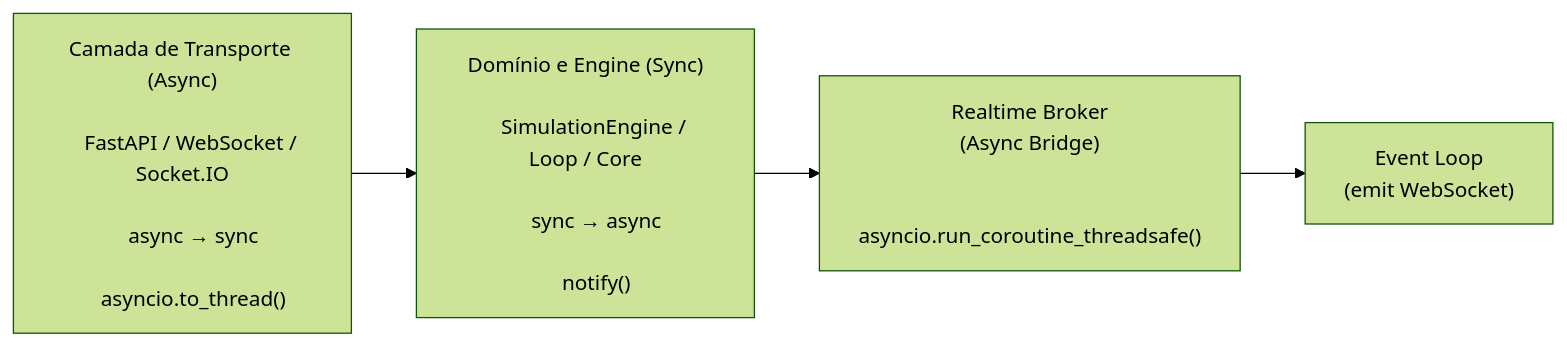
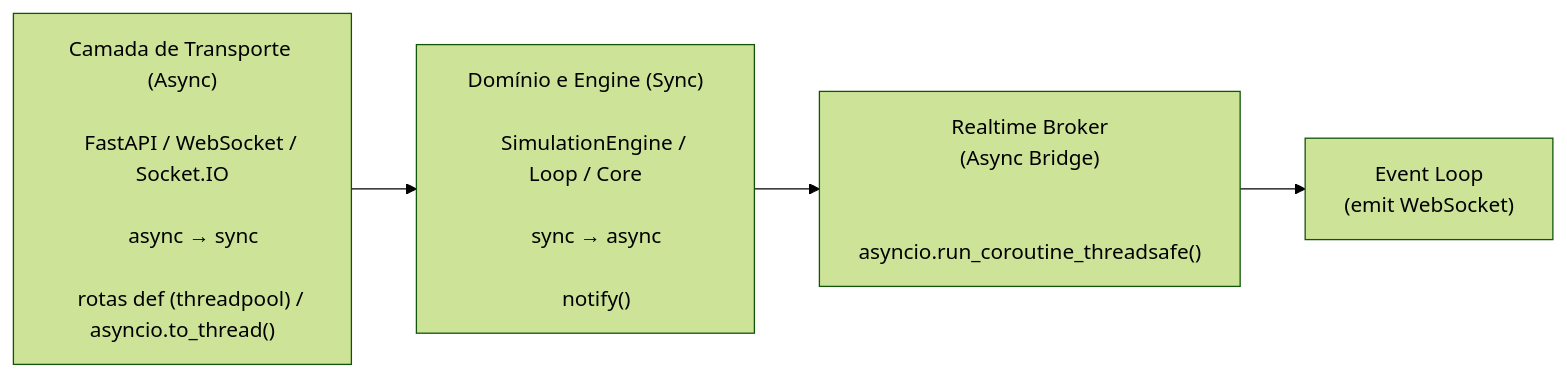
The diagram in docs/docs/desenvolvimento/async-vs-sync.md (LiloMarino/SimuladorFinanceiro), drawn with Mermaid (forest theme) before and after one commit. The commit also changed other lines of this file and 28 other files, not shown here.

````diff
--- a/docs/docs/desenvolvimento/async-vs-sync.md
+++ b/docs/docs/desenvolvimento/async-vs-sync.md
@@ -255,22 +262,22 @@
 ```mermaid
 flowchart LR
     Transport["Camada de Transporte (Async)<br>
     FastAPI / WebSocket / Socket.IO<br>
     async → sync<br>
-    asyncio.to_thread()"]
+    rotas def (threadpool) / asyncio.to_thread()"]
 
     Domain["Domínio e Engine (Sync)<br>
     SimulationEngine / Loop / Core<br>
     sync → async<br>
     notify()"]
 
     Broker["Realtime Broker<br>(Async Bridge)<br>
     asyncio.run_coroutine_threadsafe()"]
 
     EventLoop["Event Loop<br>(emit WebSocket)"]
 
     Transport --> Domain
     Domain --> Broker
     Broker --> EventLoop
 
 ```
````
